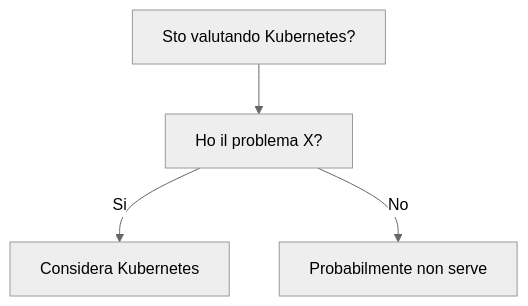
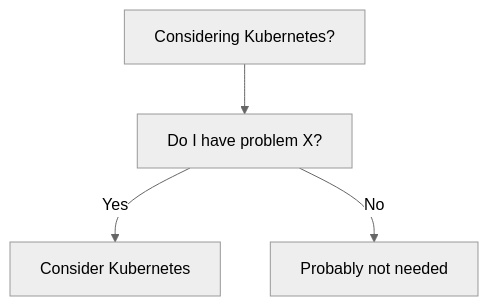
Before and after one commit to HxT9/Software-Dev-Wiki: the diagram in dev-wiki/10_DevOps/Kubernetes/When_To_Use.md, drawn with Mermaid (neutral theme). The commit also changed other lines of this file and 3444 other files, not shown here.

````diff
--- a/dev-wiki/10_DevOps/Kubernetes/When_To_Use.md
+++ b/dev-wiki/10_DevOps/Kubernetes/When_To_Use.md
@@ -19,6 +19,6 @@
 ```mermaid
 flowchart TD
-  Q[Sto valutando Kubernetes?] --> Q1[Ho il problema X?]
-  Q1 -->|Si| OK[Considera Kubernetes]
-  Q1 -->|No| NO[Probabilmente non serve]
+  Q[Considering Kubernetes?] --> Q1[Do I have problem X?]
+  Q1 -->|Yes| OK[Consider Kubernetes]
+  Q1 -->|No| NO[Probably not needed]
 ```
````
